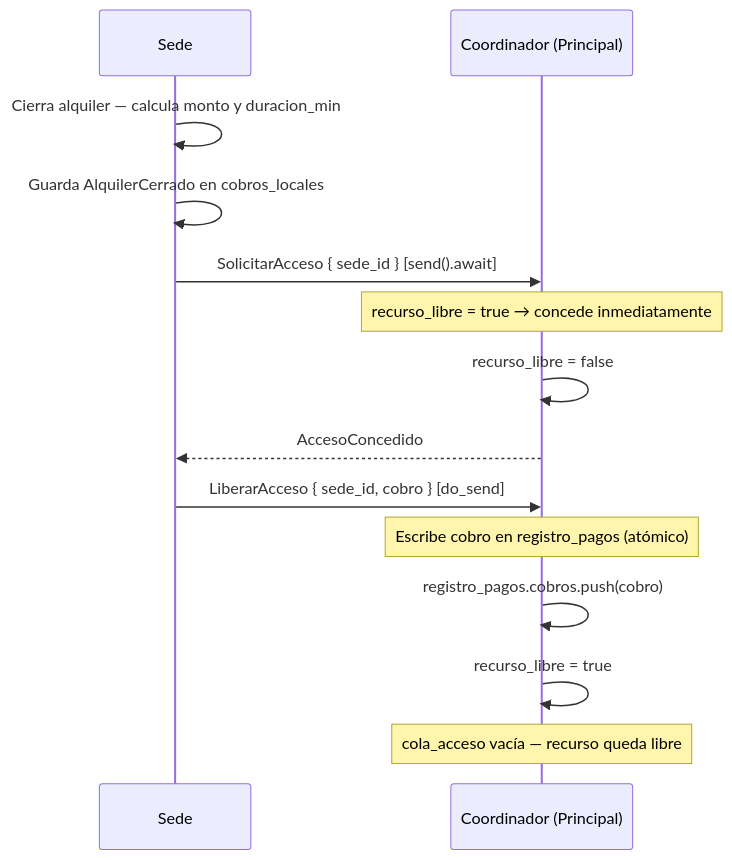
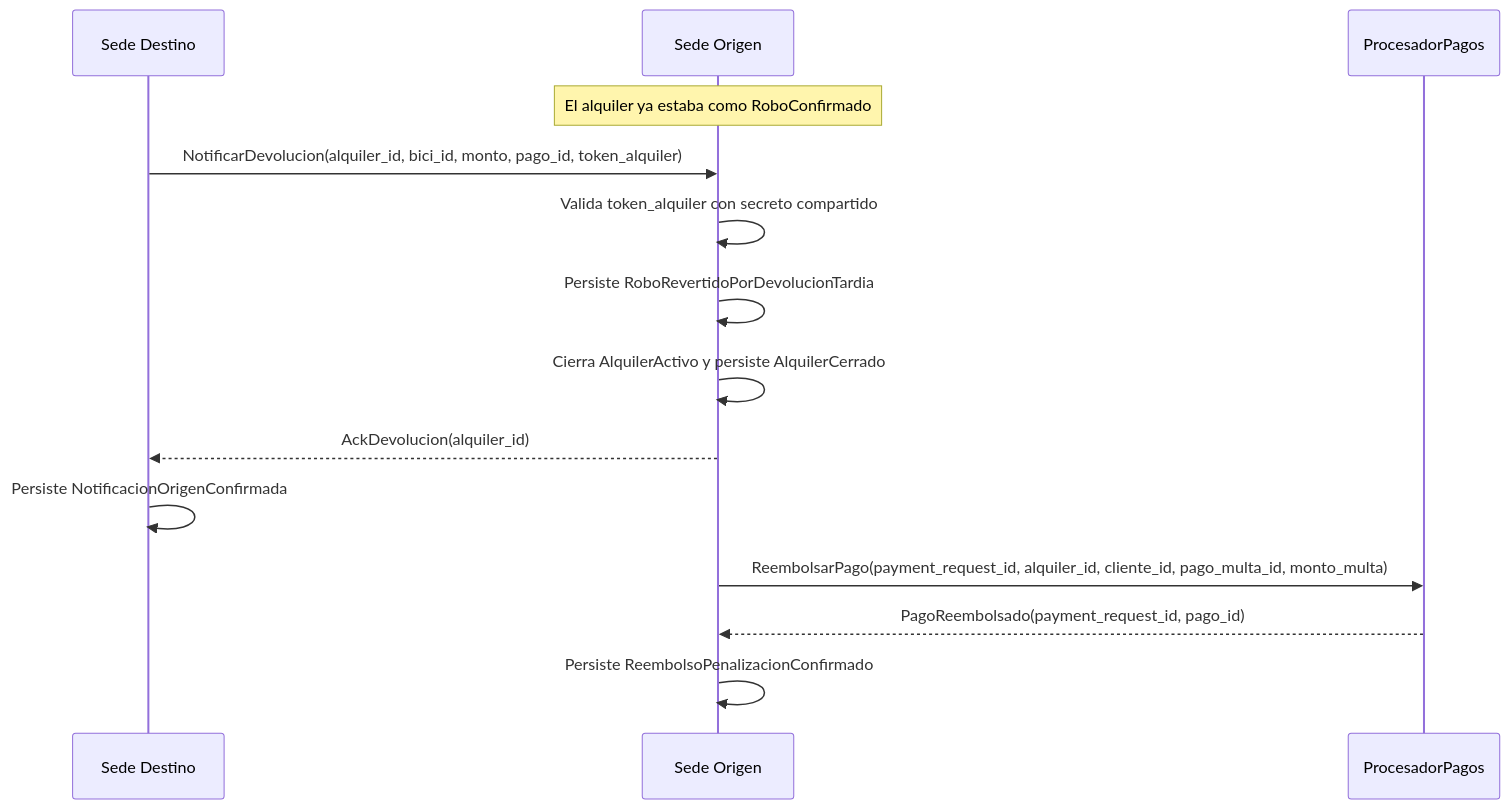
Diagram 14 of 15 in README.md (Jmenechian/distributed-bike-sharing), drawn with Mermaid before and after one commit. The commit also changed other lines of this file, not shown here.

Commit message:
subo cambios de la arquitectura con correcciones

````diff
--- a/README.md
+++ b/README.md
@@ -766,17 +1449,17 @@
 ```mermaid
 sequenceDiagram
-    participant Sede
-    participant Coordinador as Coordinador (Principal)
- 
-    Sede->>Sede: Cierra alquiler — calcula monto y duracion_min
-    Sede->>Sede: Guarda AlquilerCerrado en cobros_locales
-    Sede->>Coordinador: SolicitarAcceso { sede_id } [send().await]
-    Note over Coordinador: recurso_libre = true → concede inmediatamente
-    Coordinador->>Coordinador: recurso_libre = false
-    Coordinador-->>Sede: AccesoConcedido
-    Sede->>Coordinador: LiberarAcceso { sede_id, cobro } [do_send]
-    Note over Coordinador: Escribe cobro en registro_pagos (atómico)
-    Coordinador->>Coordinador: registro_pagos.cobros.push(cobro)
-    Coordinador->>Coordinador: recurso_libre = true
-    Note over Coordinador: cola_acceso vacía — recurso queda libre
+    participant SedeDestino as Sede Destino
+    participant SedeOrigen as Sede Origen
+    participant ProcesadorPagos
+
+    Note over SedeOrigen: El alquiler ya estaba como RoboConfirmado
+    SedeDestino->>SedeOrigen: NotificarDevolucion(alquiler_id, bici_id, monto, pago_id, token_alquiler)
+    SedeOrigen->>SedeOrigen: Valida token_alquiler con secreto compartido
+    SedeOrigen->>SedeOrigen: Persiste RoboRevertidoPorDevolucionTardia
+    SedeOrigen->>SedeOrigen: Cierra AlquilerActivo y persiste AlquilerCerrado
+    SedeOrigen-->>SedeDestino: AckDevolucion(alquiler_id)
+    SedeDestino->>SedeDestino: Persiste NotificacionOrigenConfirmada
+    SedeOrigen->>ProcesadorPagos: ReembolsarPago(payment_request_id, alquiler_id, cliente_id, pago_multa_id, monto_multa)
+    ProcesadorPagos-->>SedeOrigen: PagoReembolsado(payment_request_id, pago_id)
+    SedeOrigen->>SedeOrigen: Persiste ReembolsoPenalizacionConfirmado
 ```
````
